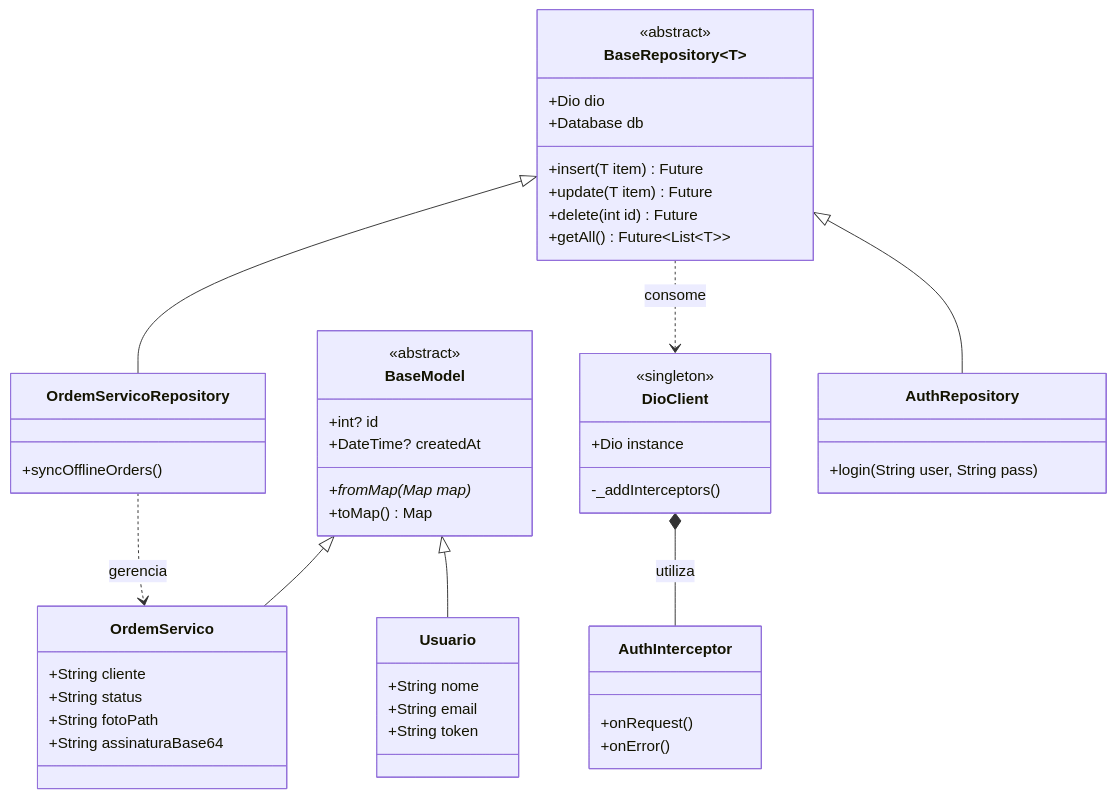
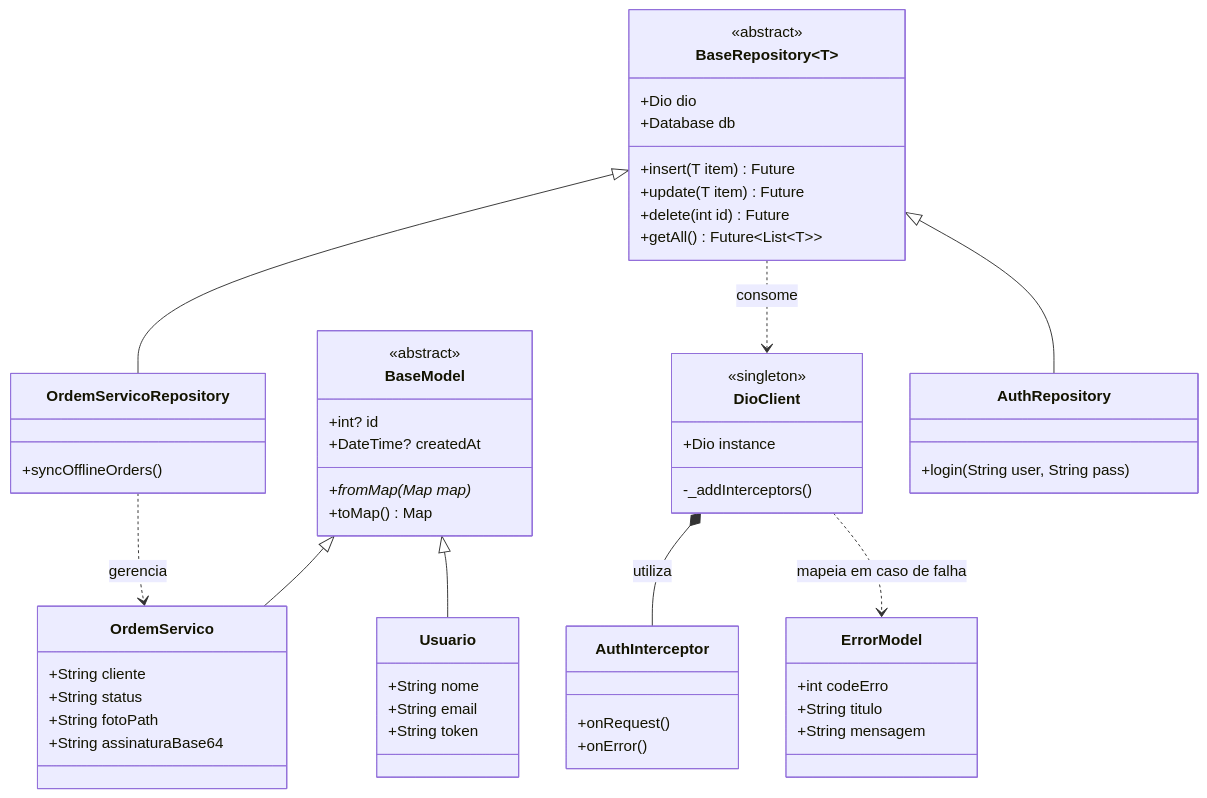
The diagram in README.md (Diegonunes7/ads5-20261-serviceflow), drawn with Mermaid before and after one commit. The commit also changed other lines of this file, not shown here.

First line of the commit message:
Add ErrorModel class and error response structure

````diff
--- a/README.md
+++ b/README.md
@@ -52,64 +52,71 @@
 ```mermaid
 classDiagram
     %% Core Abstractions
     class BaseModel {
         <<abstract>>
         +int? id
         +DateTime? createdAt
         +fromMap(Map map)*
         +toMap() Map
     }
 
     class BaseRepository~T~ {
         <<abstract>>
         +Dio dio
         +Database db
         +insert(T item) Future
         +update(T item) Future
         +delete(int id) Future
         +getAll() Future~List~T~~
     }
 
     class DioClient {
         <<singleton>>
         +Dio instance
         -_addInterceptors()
+    }
+
+	class ErrorModel {
+        +int codeErro
+        +String titulo
+        +String mensagem
     }
 
     class AuthInterceptor {
         +onRequest()
         +onError()
     }
 
     %% Concrete Implementations
     class OrdemServico {
         +String cliente
         +String status
         +String fotoPath
         +String assinaturaBase64
     }
 
     class Usuario {
         +String nome
         +String email
         +String token
     }
 
     class OrdemServicoRepository {
         +syncOfflineOrders()
     }
 
     class AuthRepository {
         +login(String user, String pass)
     }
 
     %% Relationships
     BaseModel <|-- OrdemServico
     BaseModel <|-- Usuario
     BaseRepository <|-- OrdemServicoRepository
     BaseRepository <|-- AuthRepository
     DioClient *-- AuthInterceptor : utiliza
+	DioClient ..> ErrorModel : mapeia em caso de falha
     BaseRepository ..> DioClient : consome
     OrdemServicoRepository ..> OrdemServico : gerencia
 	
 ```
````
